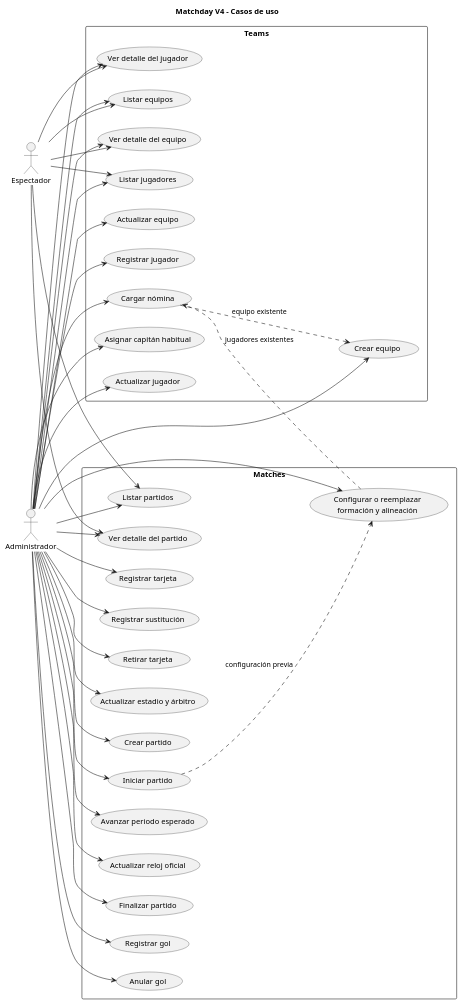
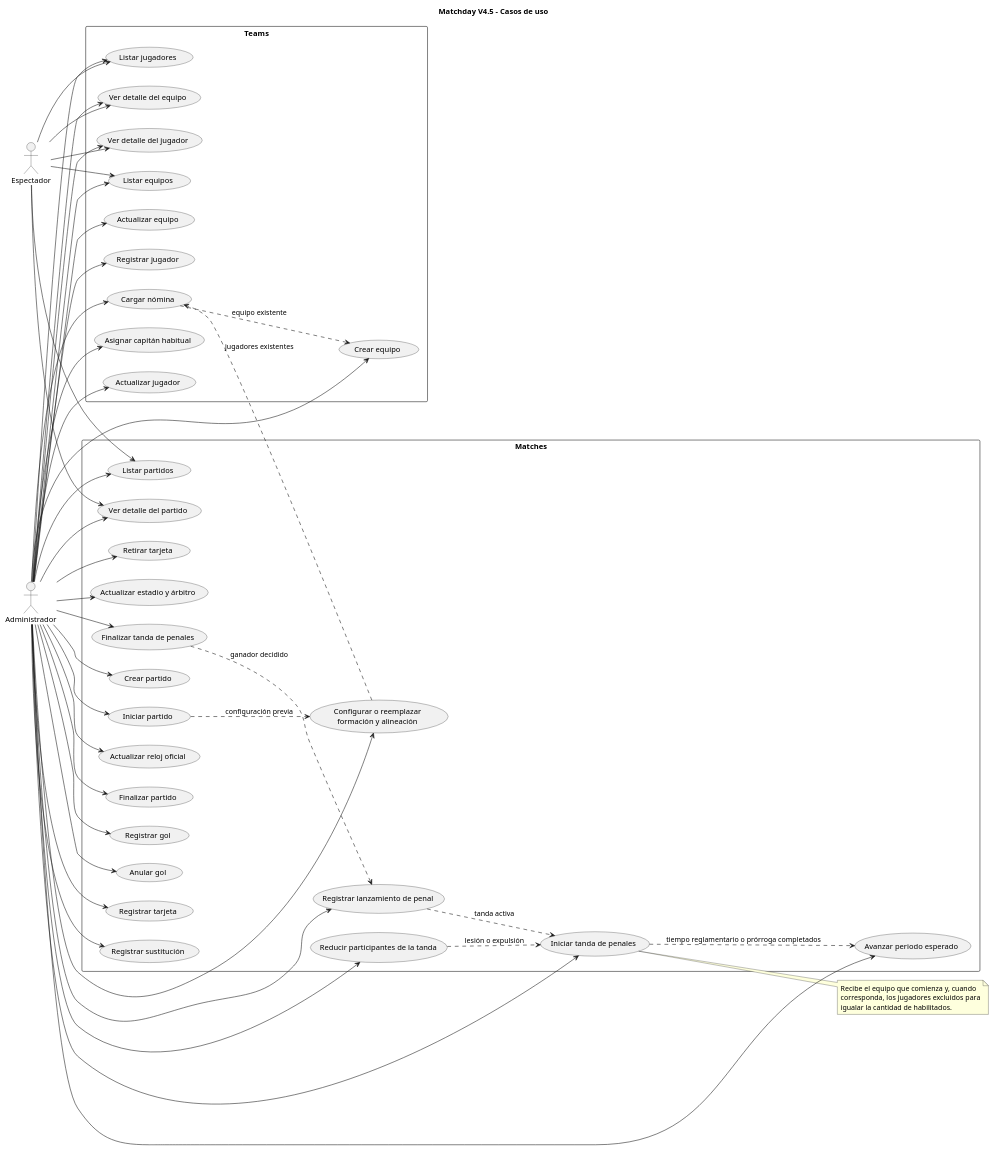
Before and after one commit to JaredDet/Match-Day: the diagram in docs/diagrams/use-cases.puml, drawn with PlantUML. The commit also changed 35 other files, not shown here.

Commit message:
feat(matches): completar reglas de la tanda de penales

```diff
--- a/docs/diagrams/use-cases.puml
+++ b/docs/diagrams/use-cases.puml
@@ -1,74 +1,93 @@
 @startuml Matchday Use Cases
-title Matchday V4 - Casos de uso
+title Matchday V4.5 - Casos de uso
 
 left to right direction
 skinparam packageStyle rectangle
 
 actor Administrador as Admin
 actor Espectador as Viewer
 
 rectangle "Teams" {
   usecase "Crear equipo" as CreateTeam
   usecase "Actualizar equipo" as UpdateTeam
   usecase "Registrar jugador" as RegisterPlayer
   usecase "Cargar nómina" as RegisterSquad
   usecase "Asignar capitán habitual" as SetCaptain
   usecase "Actualizar jugador" as UpdatePlayer
   usecase "Listar equipos" as ListTeams
   usecase "Ver detalle del equipo" as GetTeam
   usecase "Listar jugadores" as ListPlayers
   usecase "Ver detalle del jugador" as GetPlayer
 }
 
 rectangle "Matches" {
   usecase "Crear partido" as CreateMatch
   usecase "Configurar o reemplazar\nformación y alineación" as SetLineup
   usecase "Iniciar partido" as StartMatch
   usecase "Avanzar periodo esperado" as AdvancePeriod
   usecase "Actualizar reloj oficial" as UpdateClock
   usecase "Finalizar partido" as FinishMatch
   usecase "Registrar gol" as RegisterGoal
   usecase "Anular gol" as DisallowGoal
   usecase "Registrar tarjeta" as RegisterCard
   usecase "Registrar sustitución" as RegisterSubstitution
   usecase "Retirar tarjeta" as RescindCard
   usecase "Actualizar estadio y árbitro" as UpdateDetails
   usecase "Listar partidos" as ListMatches
   usecase "Ver detalle del partido" as GetMatch
+  usecase "Iniciar tanda de penales" as StartShootout
+  usecase "Registrar lanzamiento de penal" as RegisterShootoutKick
+  usecase "Reducir participantes de la tanda" as ReduceShootoutParticipants
+  usecase "Finalizar tanda de penales" as FinishShootout
 }
 
 Admin --> CreateTeam
 Admin --> UpdateTeam
 Admin --> RegisterPlayer
 Admin --> RegisterSquad
 Admin --> SetCaptain
 Admin --> UpdatePlayer
 Admin --> ListTeams
 Admin --> GetTeam
 Admin --> ListPlayers
 Admin --> GetPlayer
 Admin --> CreateMatch
 Admin --> SetLineup
 Admin --> StartMatch
 Admin --> AdvancePeriod
 Admin --> UpdateClock
 Admin --> FinishMatch
 Admin --> RegisterGoal
 Admin --> DisallowGoal
 Admin --> RegisterCard
 Admin --> RegisterSubstitution
 Admin --> RescindCard
 Admin --> UpdateDetails
 Admin --> ListMatches
 Admin --> GetMatch
+Admin --> StartShootout
+Admin --> RegisterShootoutKick
+Admin --> ReduceShootoutParticipants
+Admin --> FinishShootout
 Viewer --> ListMatches
 Viewer --> GetMatch
 Viewer --> ListTeams
 Viewer --> GetTeam
 Viewer --> ListPlayers
 Viewer --> GetPlayer
 
+StartShootout ..> AdvancePeriod : tiempo reglamentario o prórroga completados
+RegisterShootoutKick ..> StartShootout : tanda activa
+ReduceShootoutParticipants ..> StartShootout : lesión o expulsión
+FinishShootout ..> RegisterShootoutKick : ganador decidido
+
+note right of StartShootout
+  Recibe el equipo que comienza y, cuando
+  corresponda, los jugadores excluidos para
+  igualar la cantidad de habilitados.
+end note
+
 RegisterSquad ..> CreateTeam : equipo existente
 SetLineup ..> RegisterSquad : jugadores existentes
 StartMatch ..> SetLineup : configuración previa
 @enduml
```
